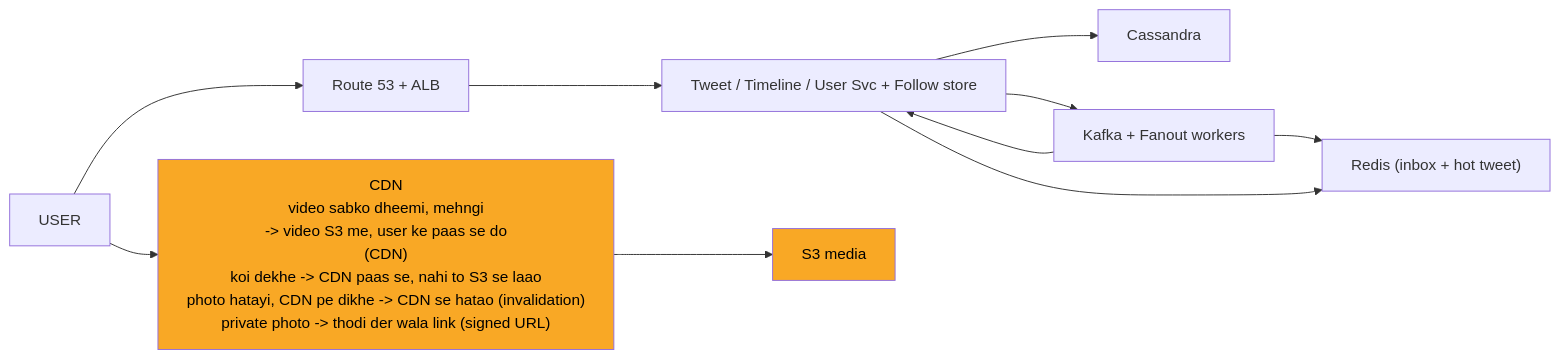
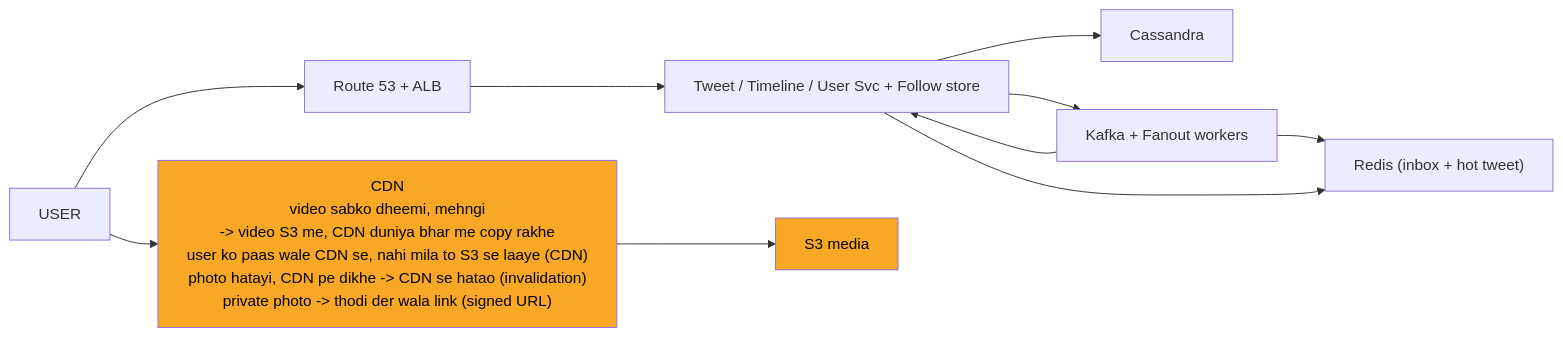
Diagram 11 of 12 in 04_HLD/SYSTEM_DESIGNS/03_twitter_feed/03_twitter_feed.md (ArpanMaheshwari144/Prep), drawn with Mermaid before and after one commit. The commit also changed other lines of this file and 13 other files, not shown here.

````diff
--- a/04_HLD/SYSTEM_DESIGNS/03_twitter_feed/03_twitter_feed.md
+++ b/04_HLD/SYSTEM_DESIGNS/03_twitter_feed/03_twitter_feed.md
@@ -450,23 +450,23 @@
 ```mermaid
 %%{init: {"flowchart": {"wrappingWidth": 450}}}%%
 flowchart LR
     n_USER["USER"]
     n_EDGE["Route 53 + ALB"]
-    n_CDN["CDN<br/>video sabko dheemi, mehngi<br/>-> video S3 me, user ke paas se do<br/>(CDN)<br/>koi dekhe -> CDN paas se, nahi to S3 se laao<br/>photo hatayi, CDN pe dikhe -> CDN se hatao (invalidation)<br/>private photo -> thodi der wala link (signed URL)"]
+    n_CDN["CDN<br/>video sabko dheemi, mehngi<br/>-> video S3 me, CDN duniya bhar me copy rakhe<br/>user ko paas wale CDN se, nahi mila to S3 se laaye (CDN)<br/>photo hatayi, CDN pe dikhe -> CDN se hatao (invalidation)<br/>private photo -> thodi der wala link (signed URL)"]
     n_SVC["Tweet / Timeline / User Svc + Follow store"]
     n_Cassandra["Cassandra"]
     n_FAN["Kafka + Fanout workers"]
     n_RI["Redis (inbox + hot tweet)"]
     n_S3["S3 media"]
     n_USER --> n_EDGE
     n_EDGE --> n_SVC
     n_SVC --> n_Cassandra
     n_SVC --> n_FAN
     n_FAN --> n_RI
     n_SVC --> n_RI
     n_FAN --> n_SVC
     n_USER --> n_CDN
     n_CDN --> n_S3
     style n_CDN fill:#f9a825,color:#000
     style n_S3 fill:#f9a825,color:#000
 ```
````
